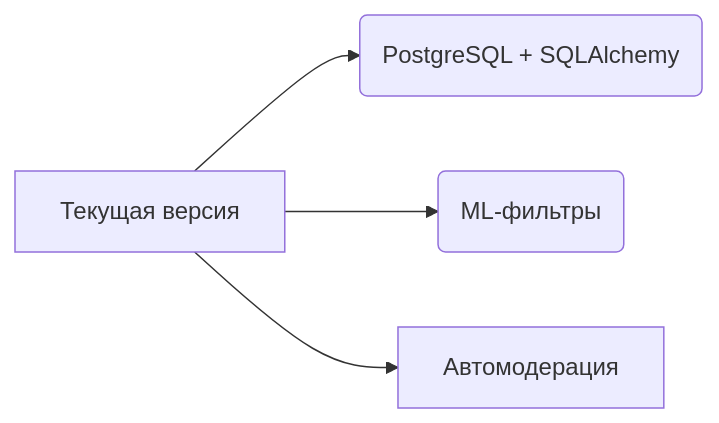
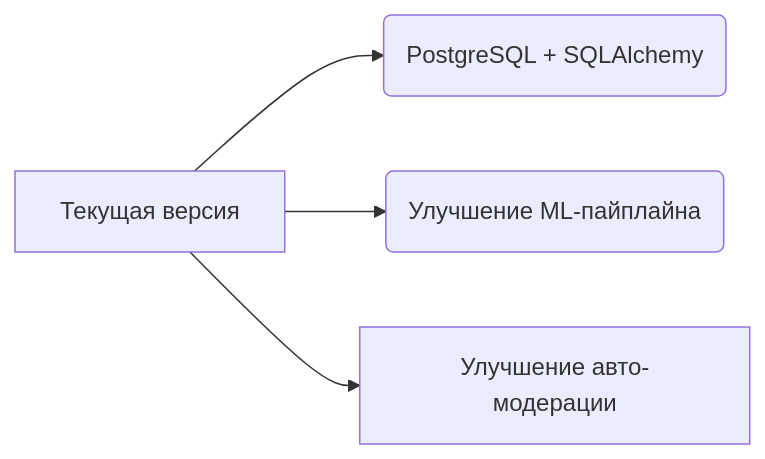
The diagram in README.md (nihosprop/bot_stepik_guard), drawn with Mermaid before and after one commit. The commit also changed other lines of this file, not shown here.

````diff
--- a/README.md
+++ b/README.md
@@ -75,6 +81,6 @@
 ```mermaid
 graph LR
     A[Текущая версия] --> AA(PostgreSQL + SQLAlchemy)
-    A[Текущая версия] --> AB(ML-фильтры)
-    A[Текущая версия] --> AC[Автомодерация]
+    A[Текущая версия] --> AB(Улучшение ML-пайплайна)
+    A[Текущая версия] --> AC[Улучшение авто-модерации]
 ```
````
